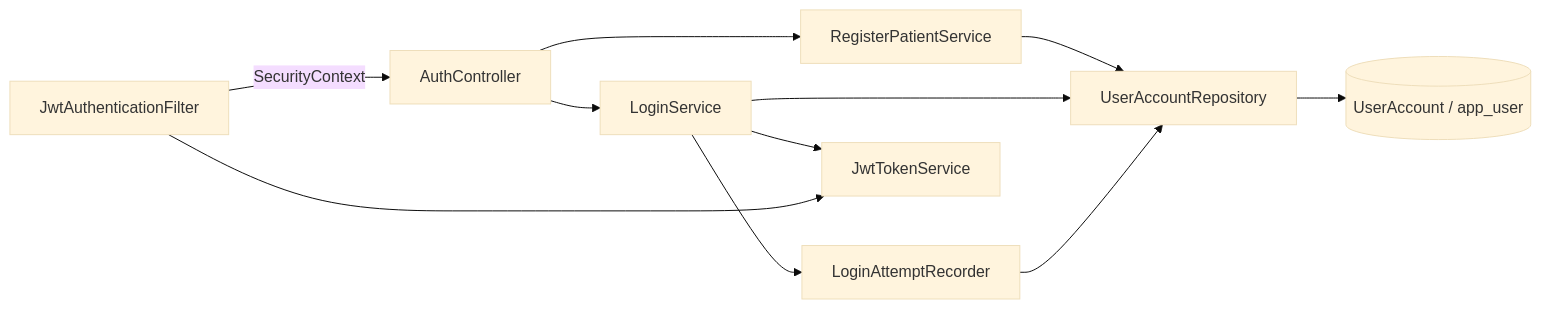
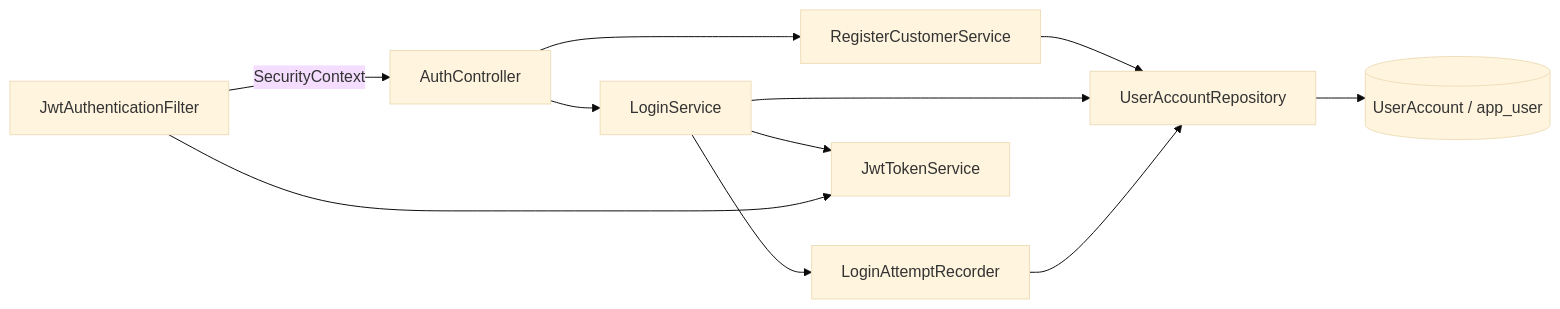
One commit to Code-Factory-Bookly/backendcf changed the fourth of 5 diagrams in README_ARQUITECTURA.md. Above: the diagram before and after it, drawn with Mermaid (base theme). The commit also changed other lines of this file and 26 other files, not shown here.

````diff
--- a/README_ARQUITECTURA.md
+++ b/README_ARQUITECTURA.md
@@ -50,21 +71,21 @@
 ```mermaid
 flowchart LR
     C[AuthController]
-    R[RegisterPatientService]
+    R[RegisterCustomerService]
     L[LoginService]
     A[LoginAttemptRecorder]
     T[JwtTokenService]
     F[JwtAuthenticationFilter]
     P[UserAccountRepository]
     U[(UserAccount / app_user)]
     C --> R
     C --> L
     R --> P
     L --> P
     L --> A
     L --> T
     A --> P
     P --> U
     F --> T
     F -->|SecurityContext| C
 ```
````
